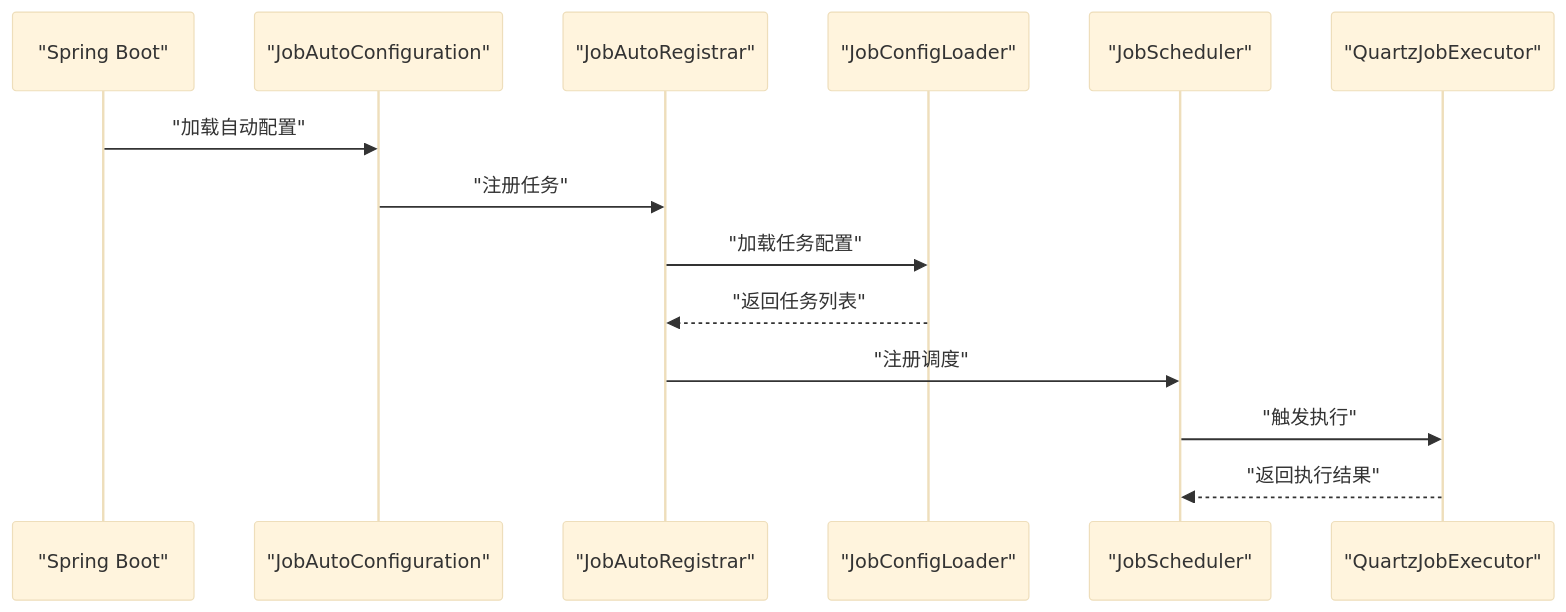
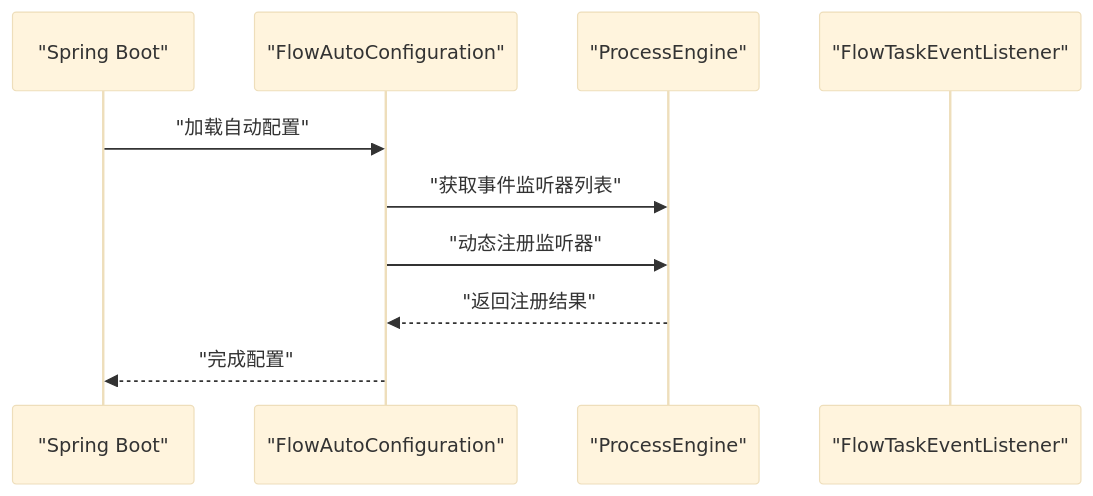
One commit to yaomindong1996/forge-admin changed the fourth of 4 diagrams in .qoder/repowiki/zh/content/开发指南/扩展开发/插件开发/插件开发.md. Above: the diagram before and after it, drawn with Mermaid (base theme). The commit also changed other lines of this file and 76 other files, not shown here.

````diff
--- a/.qoder/repowiki/zh/content/开发指南/扩展开发/插件开发/插件开发.md
+++ b/.qoder/repowiki/zh/content/开发指南/扩展开发/插件开发/插件开发.md
@@ -280,16 +150,12 @@
 ```mermaid
 sequenceDiagram
 participant Boot as "Spring Boot"
-participant Auto as "JobAutoConfiguration"
-participant Reg as "JobAutoRegistrar"
-participant Loader as "JobConfigLoader"
-participant Sch as "JobScheduler"
-participant Exec as "QuartzJobExecutor"
+participant Auto as "FlowAutoConfiguration"
+participant Engine as "ProcessEngine"
+participant Listener as "FlowTaskEventListener"
 Boot->>Auto : "加载自动配置"
-Auto->>Reg : "注册任务"
-Reg->>Loader : "加载任务配置"
-Loader-->>Reg : "返回任务列表"
-Reg->>Sch : "注册调度"
-Sch->>Exec : "触发执行"
-Exec-->>Sch : "返回执行结果"
+Auto->>Engine : "获取事件监听器列表"
+Auto->>Engine : "动态注册监听器"
+Engine-->>Auto : "返回注册结果"
+Auto-->>Boot : "完成配置"
 ```
````
